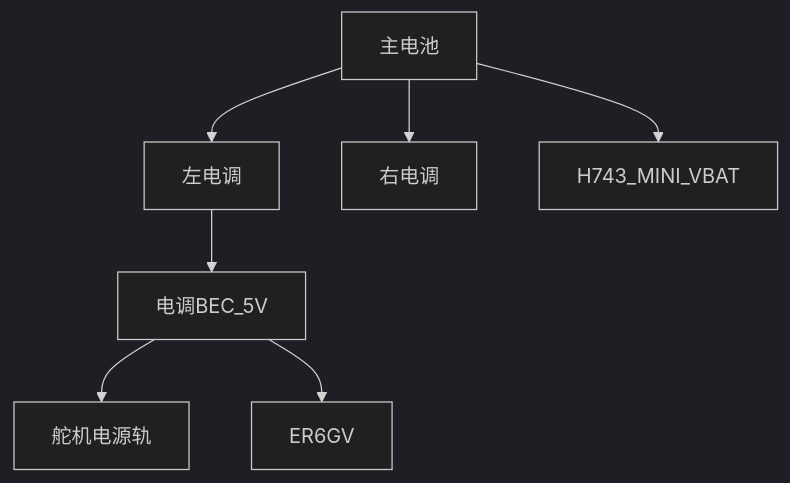
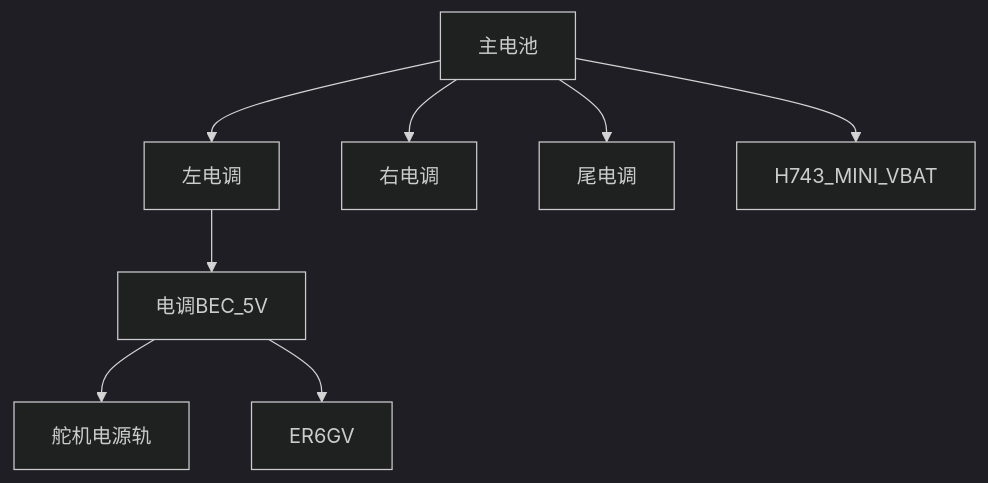
One commit to witon/TiltrotorAircraft changed the first of 2 diagrams in docs/hardware.md. Above: the diagram before and after it, drawn with Mermaid (dark theme). The commit also changed other lines of this file and 7 other files, not shown here.

````diff
--- a/docs/hardware.md
+++ b/docs/hardware.md
@@ -180,16 +184,18 @@
 ```mermaid
 flowchart TB
   batt[主电池]
   escL[左电调]
   escR[右电调]
+  escT[尾电调]
   fc[H743_MINI_VBAT]
   bec[电调BEC_5V]
   servos[舵机电源轨]
   rx[ER6GV]
   batt --> escL
   batt --> escR
+  batt --> escT
   batt --> fc
   escL --> bec
   bec --> servos
   bec --> rx
 ```
````
